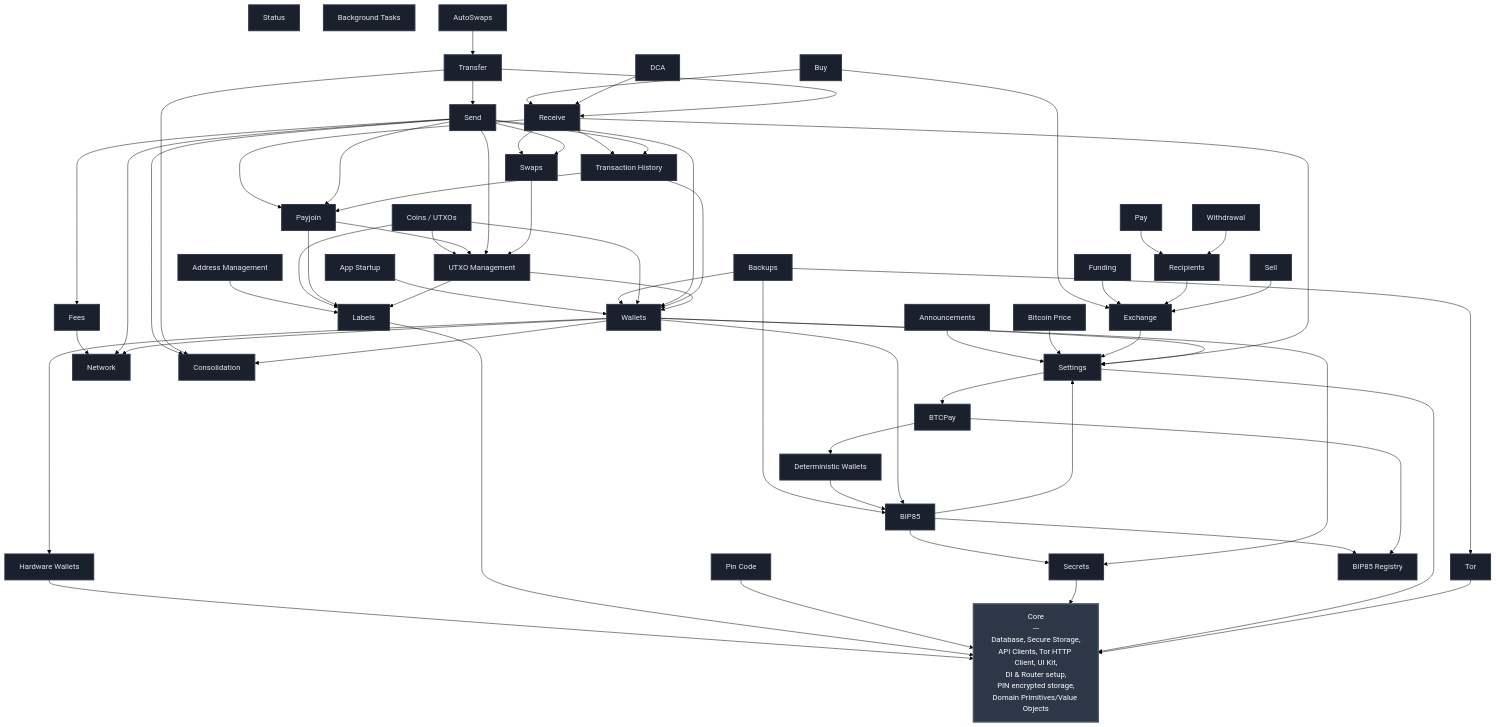
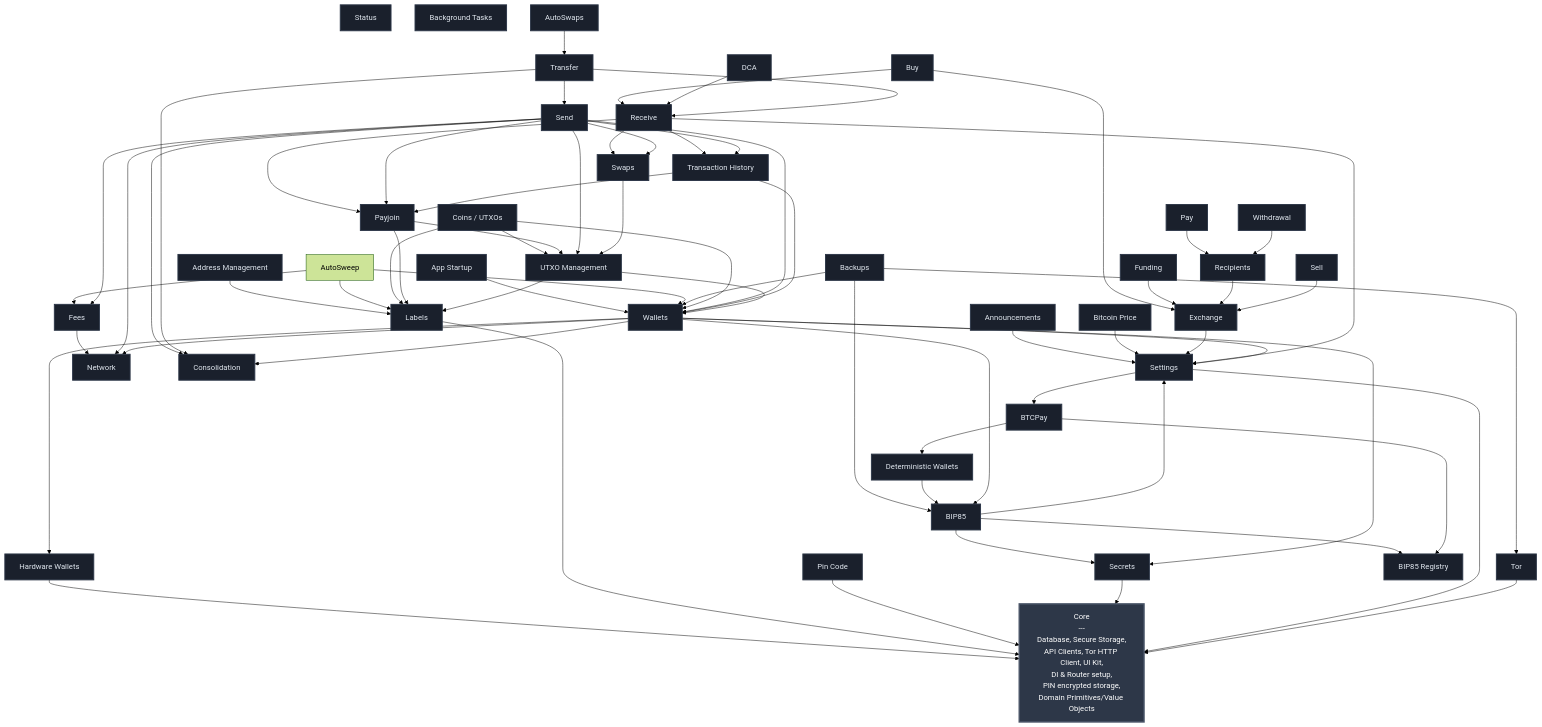
Before and after one commit to BullishNode/bullbitcoin-mobile: the diagram in FEATURES.md, drawn with Mermaid (forest theme). The commit also changed 34 other files, not shown here.

Commit message:
feat(btcpay): wire registry wallets and autosweep settings

```diff
--- a/FEATURES.md
+++ b/FEATURES.md
@@ -43,6 +43,7 @@
     TX_HISTORY[Transaction History]
     BG_TASKS[Background Tasks]
     AUTOSWAPS[AutoSwaps]
+    AUTOSWEEP[AutoSweep]
     DCA[DCA]
     SELL[Sell]
     PAY[Pay]
@@ -59,6 +60,9 @@
     ANNOUNCEMENTS --> SETTINGS
     APP_STARTUP --> WALLETS
     AUTOSWAPS --> TRANSFER
+    AUTOSWEEP --> FEES
+    AUTOSWEEP --> LABELS
+    AUTOSWEEP --> WALLETS
     BIP85 --> SECRETS
     BIP85 --> SETTINGS
     BIP85 --> BIP85_REGISTRY
```
